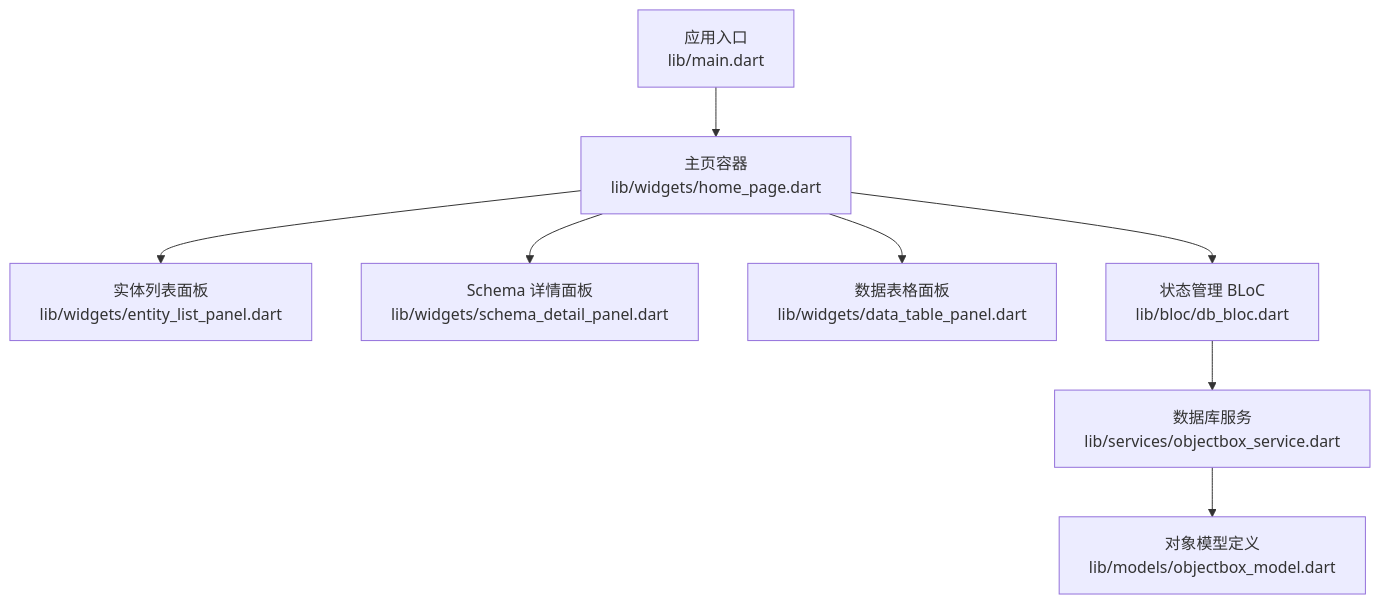
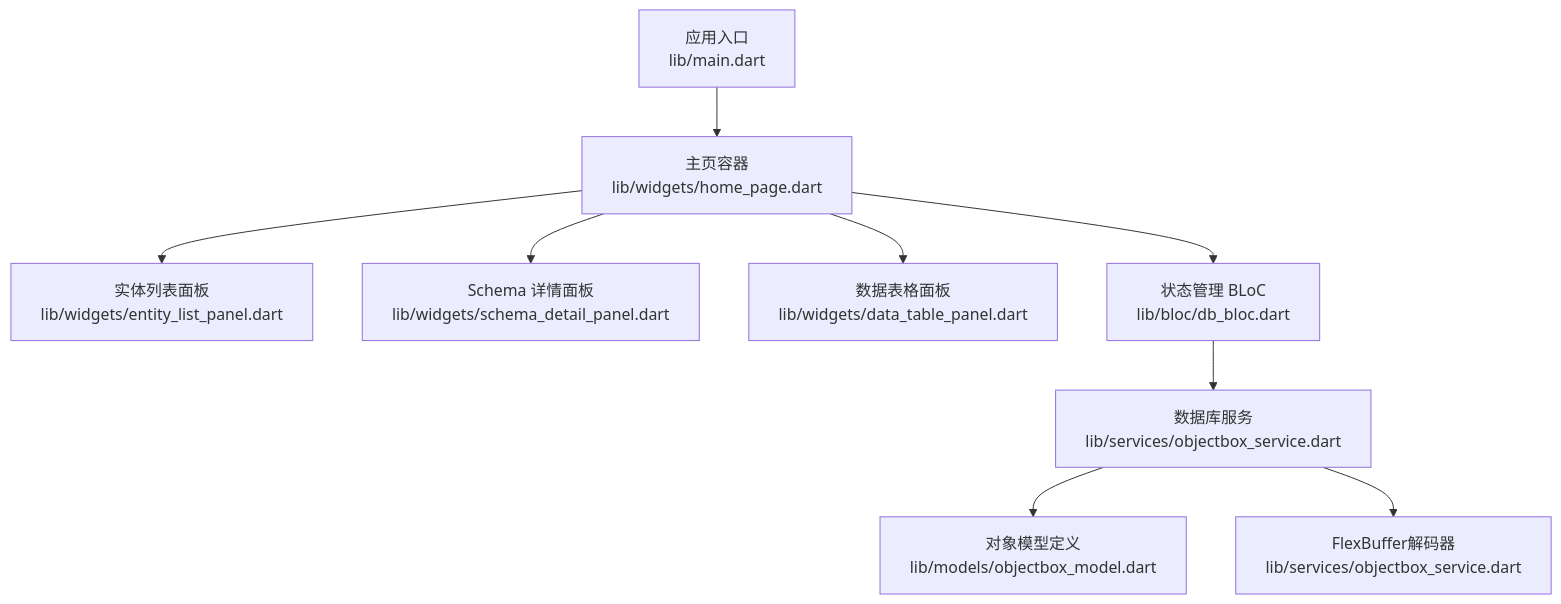
Before and after one commit to kongpf8848/objectbox_viewer: the first of 8 diagrams in .qoder/repowiki/zh/content/核心功能/核心功能.md, drawn with Mermaid. The commit also changed other lines of this file and 9 other files, not shown here.

````diff
--- a/.qoder/repowiki/zh/content/核心功能/核心功能.md
+++ b/.qoder/repowiki/zh/content/核心功能/核心功能.md
@@ -41,10 +51,11 @@
 ```mermaid
 graph TB
 A["应用入口<br/>lib/main.dart"] --> B["主页容器<br/>lib/widgets/home_page.dart"]
 B --> C["实体列表面板<br/>lib/widgets/entity_list_panel.dart"]
 B --> D["Schema 详情面板<br/>lib/widgets/schema_detail_panel.dart"]
 B --> E["数据表格面板<br/>lib/widgets/data_table_panel.dart"]
 B --> F["状态管理 BLoC<br/>lib/bloc/db_bloc.dart"]
 F --> G["数据库服务<br/>lib/services/objectbox_service.dart"]
 G --> H["对象模型定义<br/>lib/models/objectbox_model.dart"]
+G --> I["FlexBuffer解码器<br/>lib/services/objectbox_service.dart"]
 ```
````
